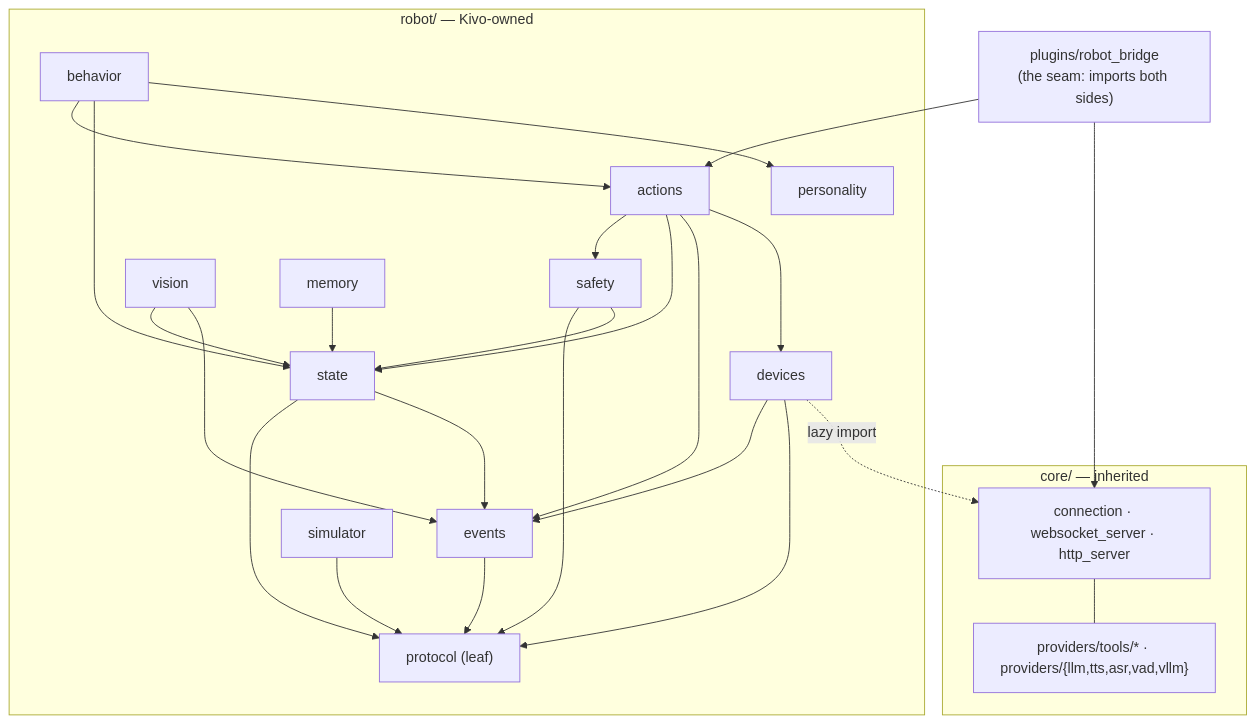
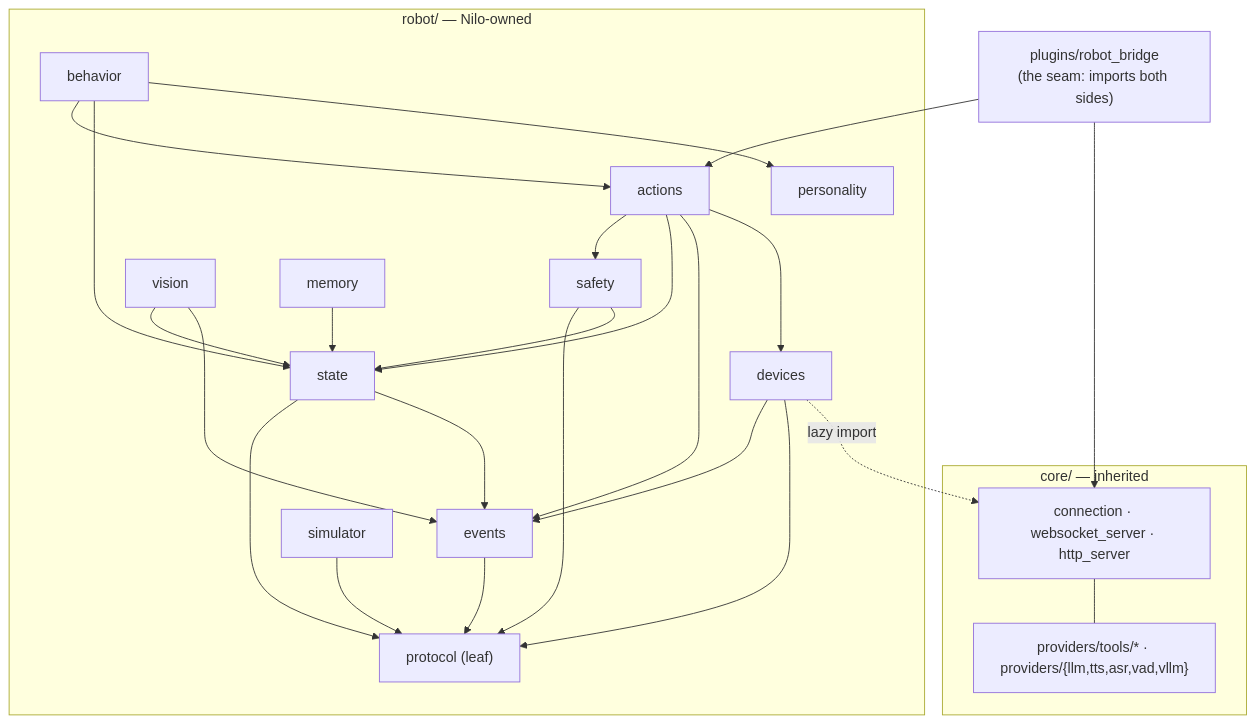
One commit to AA-Box/Nilo changed the fourth of 4 diagrams in docs/robot-architecture.md. Above: the diagram before and after it, drawn with Mermaid. The commit also changed other lines of this file and 307 other files, not shown here.

````diff
--- a/docs/robot-architecture.md
+++ b/docs/robot-architecture.md
@@ -545,32 +548,32 @@
 ```mermaid
 flowchart TB
     BR["plugins/robot_bridge<br/>(the seam: imports both sides)"]
     subgraph coreside["core/ — inherited"]
         CH["connection · websocket_server · http_server"]
         TOOLS["providers/tools/* · providers/{llm,tts,asr,vad,vllm}"]
     end
-    subgraph robotside["robot/ — Kivo-owned"]
+    subgraph robotside["robot/ — Nilo-owned"]
         PROTO["protocol (leaf)"]
         EV["events"]
         ST["state"]
         SAF["safety"]
         ACT["actions"]
         BEH["behavior"]
         PERS["personality"]
         VIS["vision"]
         MEM["memory"]
         DEV["devices"]
         SIM["simulator"]
     end
     BR --> CH & ACT
     CH --- TOOLS
     EV & SAF & SIM --> PROTO
     ST --> PROTO & EV
     SAF --> ST
     ACT --> SAF & ST & EV & DEV
     BEH --> ACT & ST & PERS
     VIS --> ST & EV
     MEM --> ST
     DEV --> EV & PROTO
     DEV -. "lazy import" .-> CH
 ```
````
